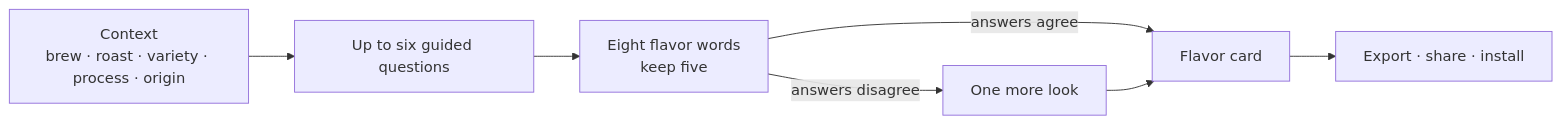
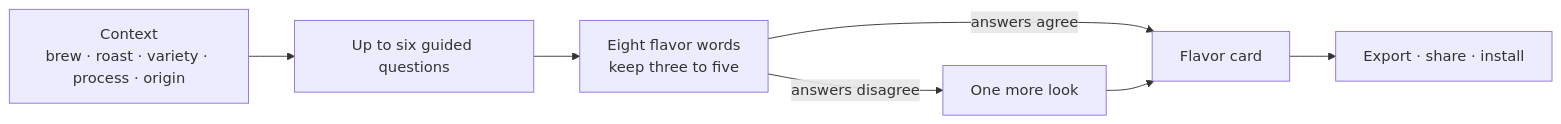
Before and after one commit to dpan538/coffee-flavor-research: the diagram in README.md, drawn with Mermaid. The commit also changed other lines of this file and 5 other files, not shown here.

````diff
--- a/README.md
+++ b/README.md
@@ -35,9 +35,9 @@
 ```mermaid
 flowchart LR
     C["Context\nbrew · roast · variety · process · origin"] --> Q["Up to six guided questions"]
-    Q --> D["Eight flavor words\nkeep five"]
+    Q --> D["Eight flavor words\nkeep three to five"]
     D -->|answers agree| F["Flavor card"]
     D -->|answers disagree| Q6["One more look"]
     Q6 --> F
     F --> X["Export · share · install"]
 ```
````
